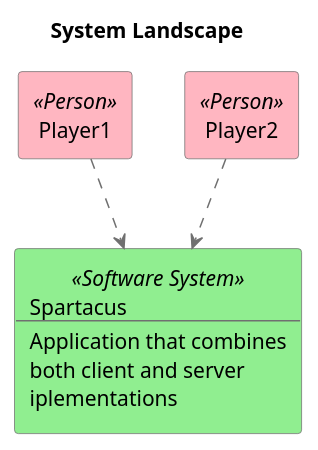
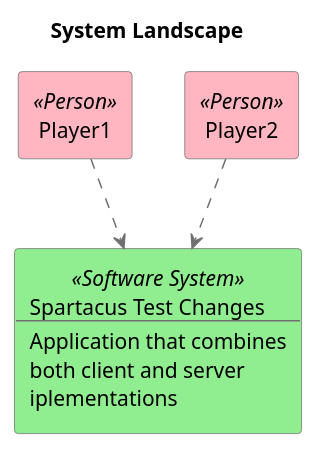
The diagram in Docs/SystemLandscape.puml (v-bodnar/Spartaaa), drawn with PlantUML before and after one commit. The commit also changed 1 other file, not shown here.

Commit message:
Testing confluence diagrams

```diff
--- a/Docs/SystemLandscape.puml
+++ b/Docs/SystemLandscape.puml
@@ -1,25 +1,25 @@
 @startuml(id=System)
 scale max 1748x1240
 title System Landscape
 
 skinparam {
   shadowing false
   arrowColor #707070
   actorBorderColor #707070
   componentBorderColor #707070
   rectangleBorderColor #707070
   noteBackgroundColor #ffffff
   noteBorderColor #707070
 }
 rectangle "Player1" <<Person>> as 2 #lightpink
 rectangle "Player2" <<Person>> as 3 #lightpink
 rectangle 1 <<Software System>> #lightgreen [
-        Spartacus
+    Spartacus Test Changes
   --
   Application that combines
   both client and server
   iplementations
 ]
 2 .[#707070].> 1 
 3 .[#707070].> 1 
 @enduml
```
